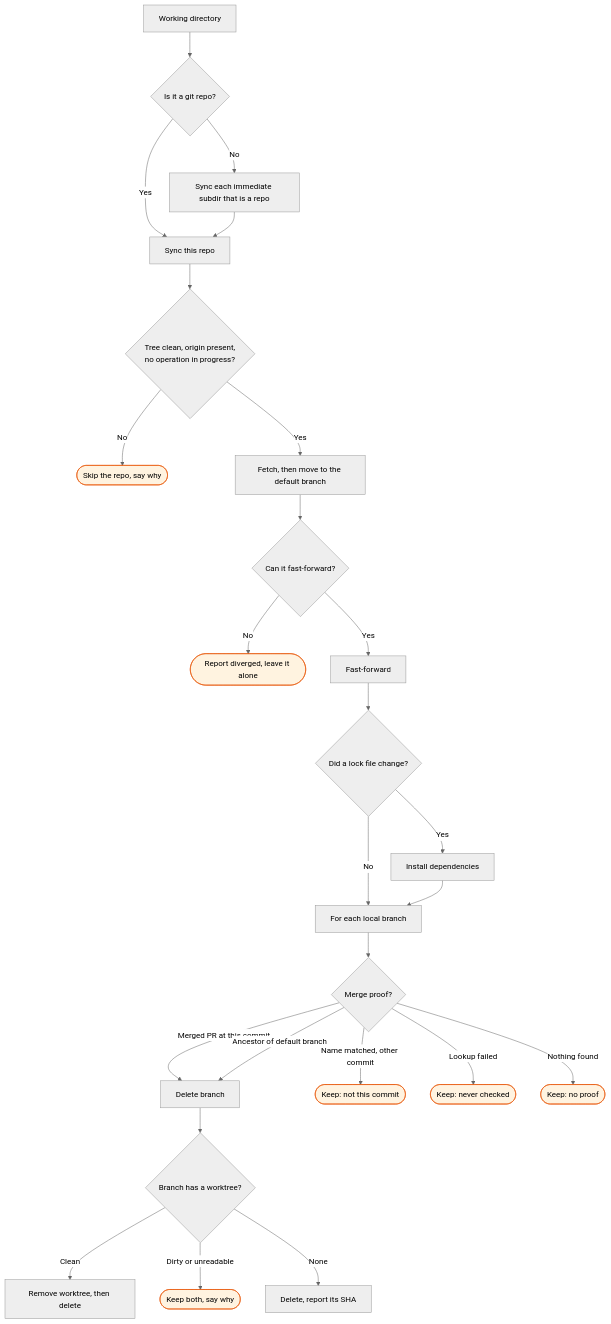
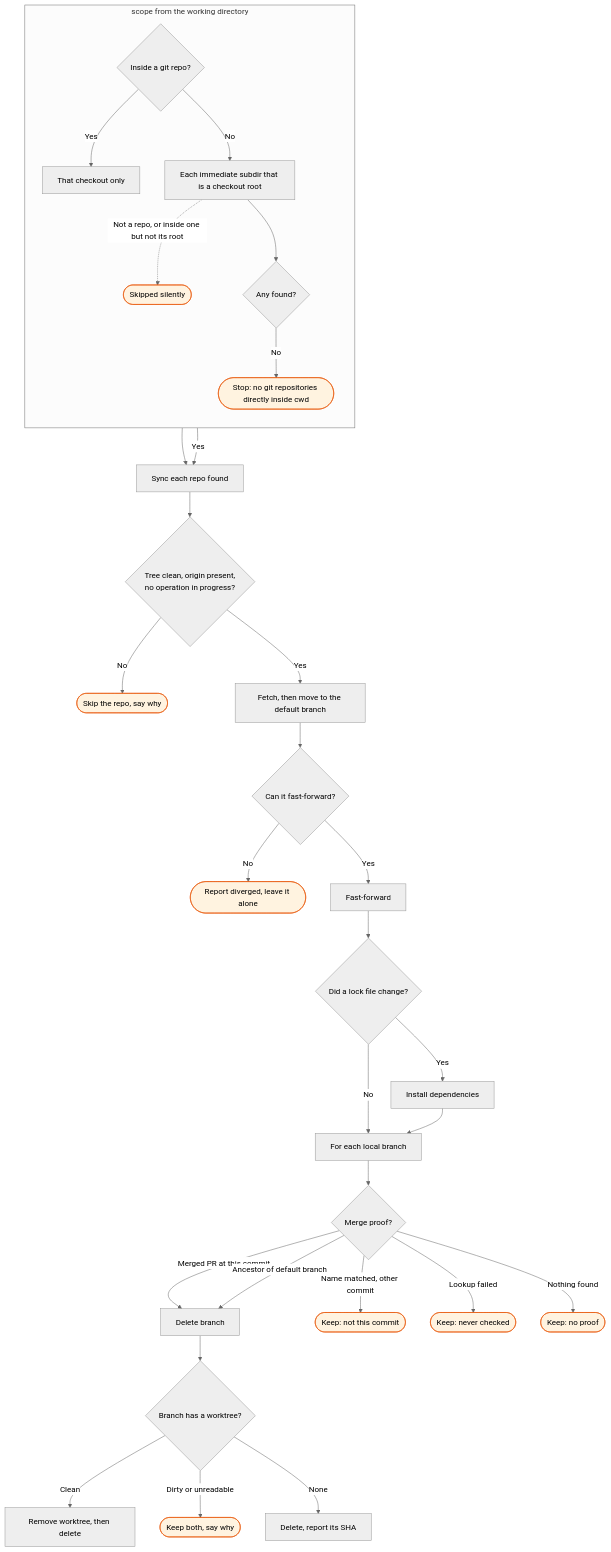
One commit to bje-settings/claude changed the diagram in plugins/gh/skills/sync/FLOW.md. Above: the diagram before and after it, drawn with Mermaid (neutral theme). The commit also changed other lines of this file and 2 other files, not shown here.

Commit message:
docs(gh): draw repo discovery as one shared subgraph in the shepherd and sync flow diagrams
Both skills resolve scope through lib/discover.sh, so both FLOW.md files now carry a byte-identical discover subgraph, including the silent skips and the empty stop. A spec asserts the two copies stay identical.

Closes #26

````diff
--- a/plugins/gh/skills/sync/FLOW.md
+++ b/plugins/gh/skills/sync/FLOW.md
@@ -5,33 +5,41 @@
 ```mermaid
 flowchart TD
-    A[Working directory] --> B{Is it a git repo?}
-    B -->|Yes| C[Sync this repo]
-    B -->|No| D[Sync each immediate subdir that is a repo]
-    D --> C
+    subgraph discover [scope from the working directory]
+        direction TB
+        A{Inside a git repo?}
+        A -->|Yes| A1[That checkout only]
+        A -->|No| A2[Each immediate subdir that is a checkout root]
+        A2 -.->|Not a repo, or inside one but not its root| A3([Skipped silently]):::stop
+        A2 --> A4{Any found?}
+        A4 -->|No| A5([Stop: no git repositories directly inside cwd]):::stop
+    end
+
+    A1 --> C[Sync each repo found]
+    A4 -->|Yes| C
 
     C --> E{Tree clean, origin present,<br/>no operation in progress?}
     E -->|No| F([Skip the repo, say why]):::stop
     E -->|Yes| G[Fetch, then move to the default branch]
 
     G --> H{Can it fast-forward?}
     H -->|No| I([Report diverged, leave it alone]):::stop
     H -->|Yes| J[Fast-forward]
     J --> K{Did a lock file change?}
     K -->|Yes| L[Install dependencies]
     K -->|No| M[For each local branch]
     L --> M
 
     M --> N{Merge proof?}
     N -->|Merged PR at this commit| O[Delete branch]
     N -->|Ancestor of default branch| O
     N -->|Name matched, other commit| P([Keep: not this commit]):::stop
     N -->|Lookup failed| Q([Keep: never checked]):::stop
     N -->|Nothing found| R([Keep: no proof]):::stop
 
     O --> S{Branch has a worktree?}
     S -->|Clean| T[Remove worktree, then delete]
     S -->|Dirty or unreadable| U([Keep both, say why]):::stop
     S -->|None| V[Delete, report its SHA]
 
     classDef stop fill:#fff3e0,stroke:#e65100,color:#000
 ```
````
